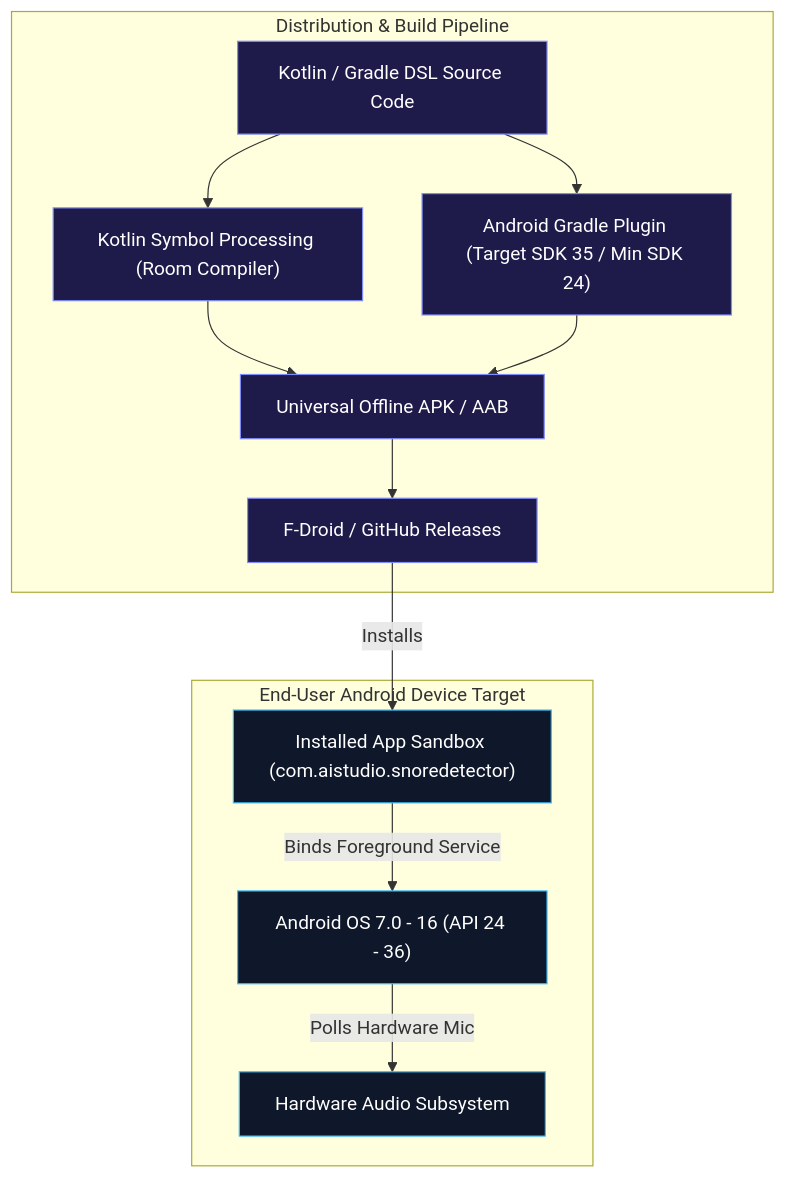
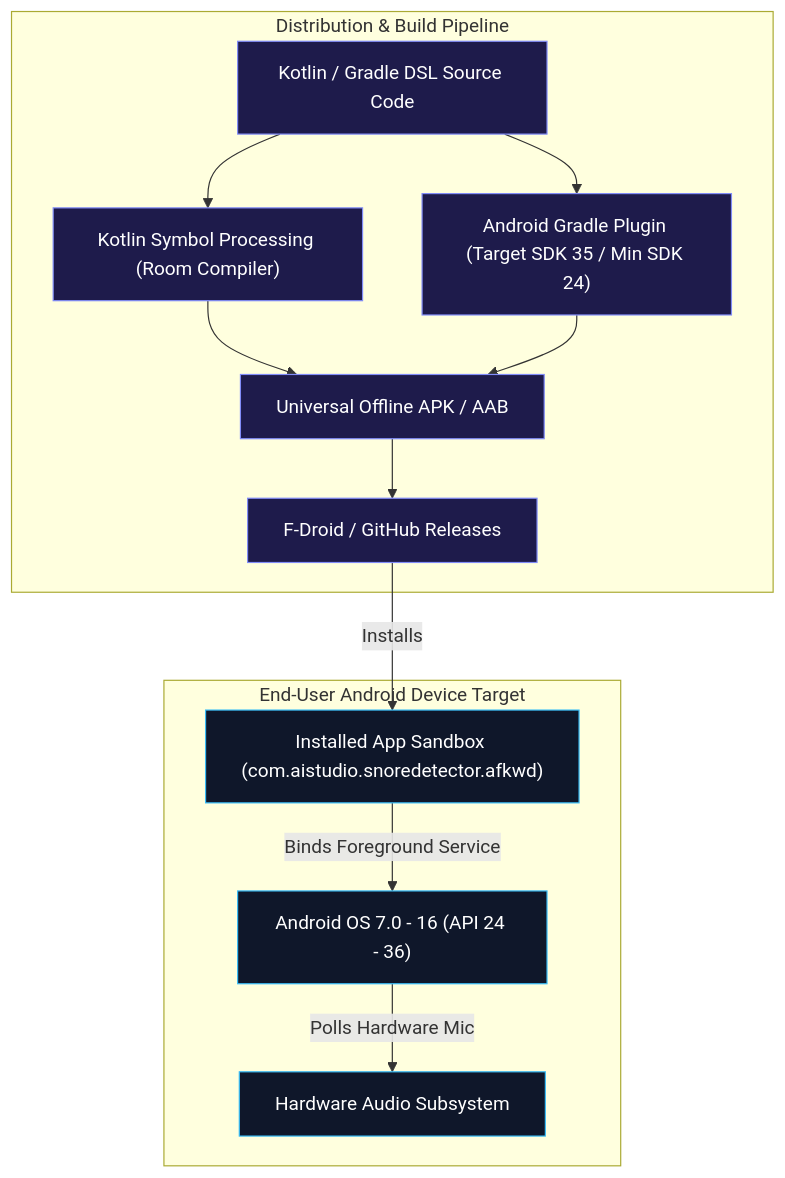
One commit to elgrande73/FOSS-snore-detector-android-app changed the ninth of 10 diagrams in ARCHITECTURE.md. Above: the diagram before and after it, drawn with Mermaid. The commit also changed other lines of this file, not shown here.

Commit message:
docs: align architecture docs with Android package name

````diff
--- a/ARCHITECTURE.md
+++ b/ARCHITECTURE.md
@@ -474,30 +474,30 @@
 ```mermaid
 graph TD
     subgraph Build_Distribution ["Distribution & Build Pipeline"]
         Source["Kotlin / Gradle DSL Source Code"]
         KSP["Kotlin Symbol Processing (Room Compiler)"]
         AGP["Android Gradle Plugin (Target SDK 35 / Min SDK 24)"]
         APK["Universal Offline APK / AAB"]
         FDroid["F-Droid / GitHub Releases"]
         
         Source --> KSP & AGP
         KSP & AGP --> APK
         APK --> FDroid
     end
 
     subgraph Device_Runtime ["End-User Android Device Target"]
         OS_Runtime["Android OS 7.0 - 16 (API 24 - 36)"]
-        AppPkg["Installed App Sandbox (com.aistudio.snoredetector)"]
+        AppPkg["Installed App Sandbox (com.aistudio.snoredetector.afkwd)"]
         AudioHAL["Hardware Audio Subsystem"]
         
         FDroid -->|Installs| AppPkg
         AppPkg -->|Binds Foreground Service| OS_Runtime
         OS_Runtime -->|Polls Hardware Mic| AudioHAL
     end
 
     classDef build fill:#1e1b4b,stroke:#818cf8,color:#fff;
     classDef runtime fill:#0f172a,stroke:#38bdf8,color:#fff;
     
     class Source,KSP,AGP,APK,FDroid build;
     class OS_Runtime,AppPkg,AudioHAL runtime;
 ```
````
